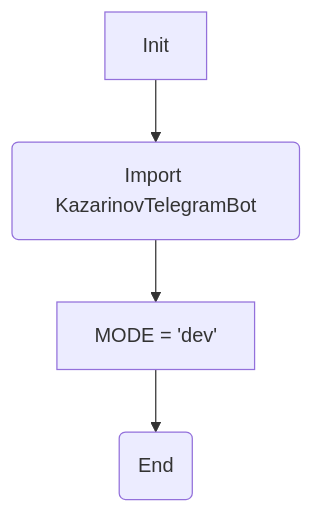
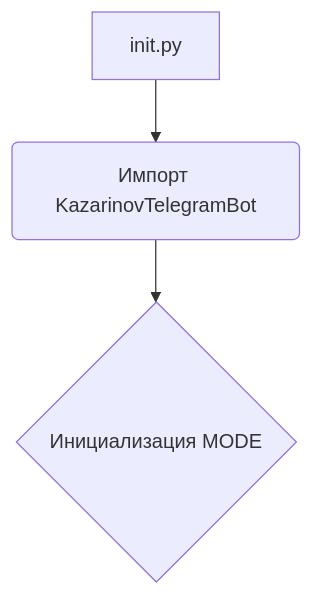
The first of 2 diagrams in docs/gemini/ru/explainer/src/endpoints/kazarinov/__init__.md (hypo69/hypo), drawn with Mermaid before and after one commit. The commit also changed other lines of this file and 43 other files, not shown here.

````diff
--- a/docs/gemini/ru/explainer/src/endpoints/kazarinov/__init__.md
+++ b/docs/gemini/ru/explainer/src/endpoints/kazarinov/__init__.md
@@ -22,6 +26,5 @@
 ```mermaid
 graph TD
-    A[Init] --> B(Import KazarinovTelegramBot);
-    B --> C[MODE = 'dev'];
-    C --> D(End);
+    A[init.py] --> B(Импорт KazarinovTelegramBot);
+    B --> C{Инициализация MODE};
 ```
````
